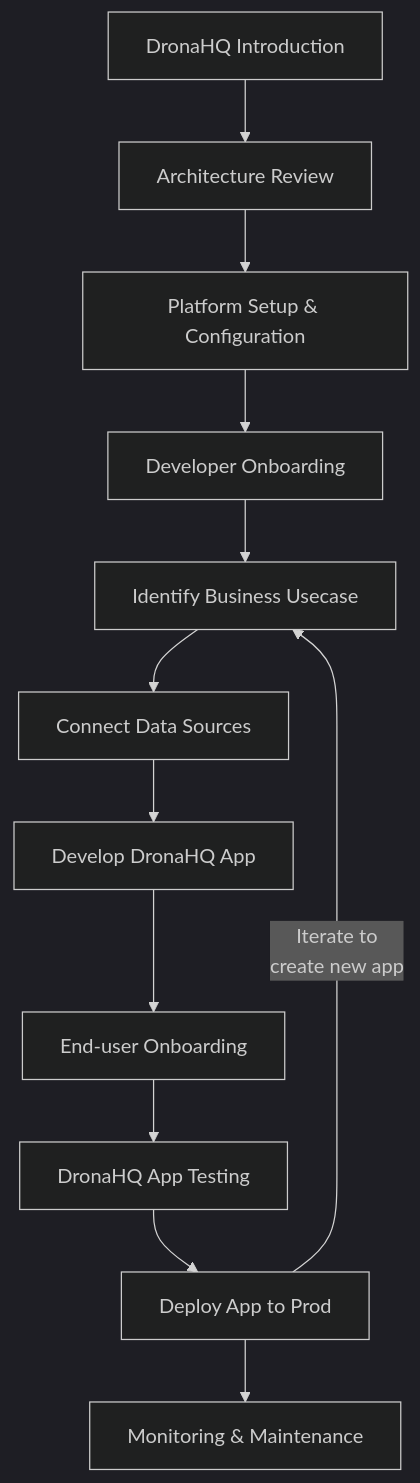
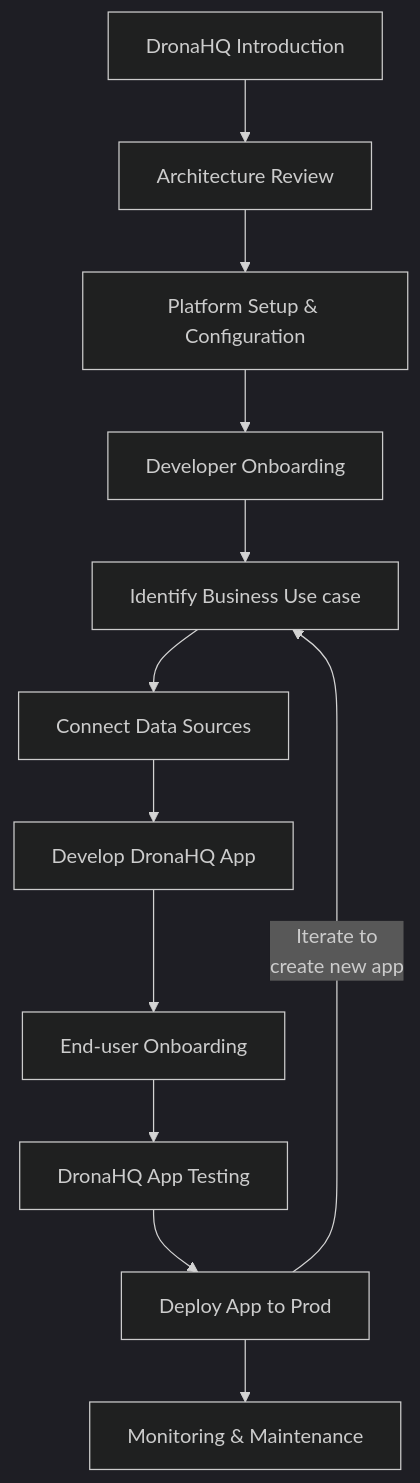
One commit to rahul-gharat/dronahq-docs changed the diagram in docs/getting-started/customer-jouney.md. Above: the diagram before and after it, drawn with Mermaid (dark theme). The commit also changed other lines of this file, not shown here.

````diff
--- a/docs/getting-started/customer-jouney.md
+++ b/docs/getting-started/customer-jouney.md
@@ -48,15 +48,15 @@
 ```mermaid
 graph TD
     A[DronaHQ Introduction] --> B[Architecture Review]
     B --> C[Platform Setup & Configuration]
     C --> D[Developer Onboarding]
-    D --> E[Identify Business Usecase]
+    D --> E[Identify Business Use case]
     E --> F[Connect Data Sources]
     F --> G[Develop DronaHQ App]
     G --> H[End-user Onboarding]
     H --> I[DronaHQ App Testing]
     I --> J[Deploy App to Prod]
     J --> K[Monitoring & Maintenance]
     J -- Iterate to \n create new app  --> E 
 
 ```
````
